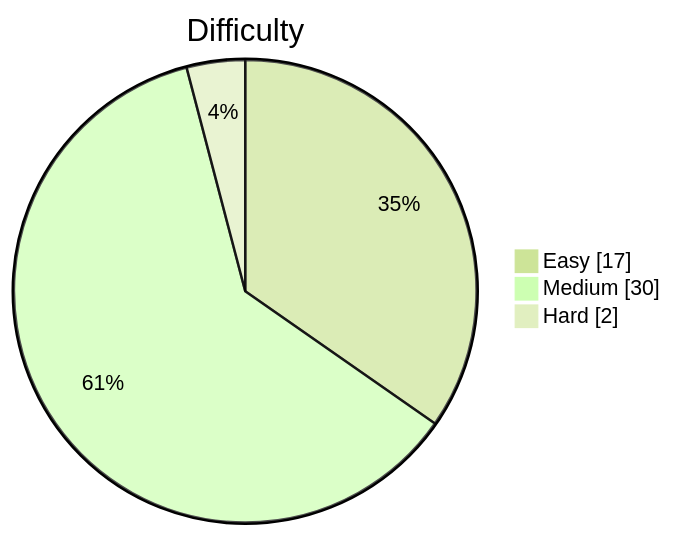
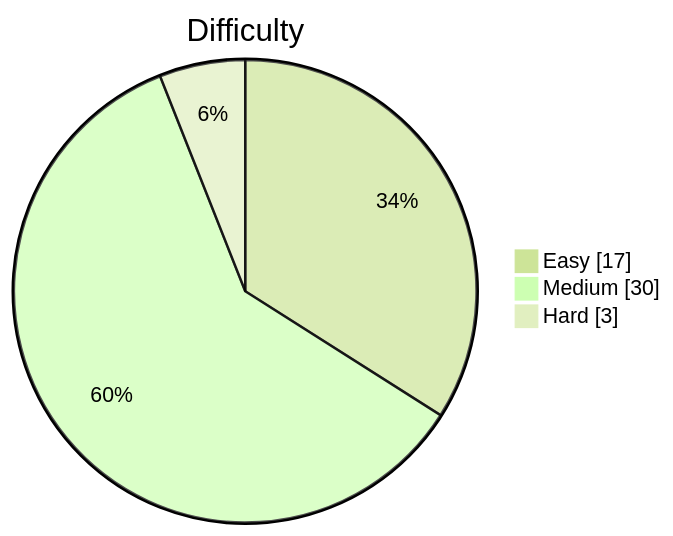
Before and after one commit to kevstevie/python-algo-practice: the diagram in README.md, drawn with Mermaid (forest theme). The commit also changed other lines of this file, not shown here.

````diff
--- a/README.md
+++ b/README.md
@@ -13,7 +13,7 @@
 ```mermaid
 pie showData
     title Difficulty
     "Easy"   : 17
     "Medium" : 30
-    "Hard"   : 2
+    "Hard"   : 3
 ```
````
